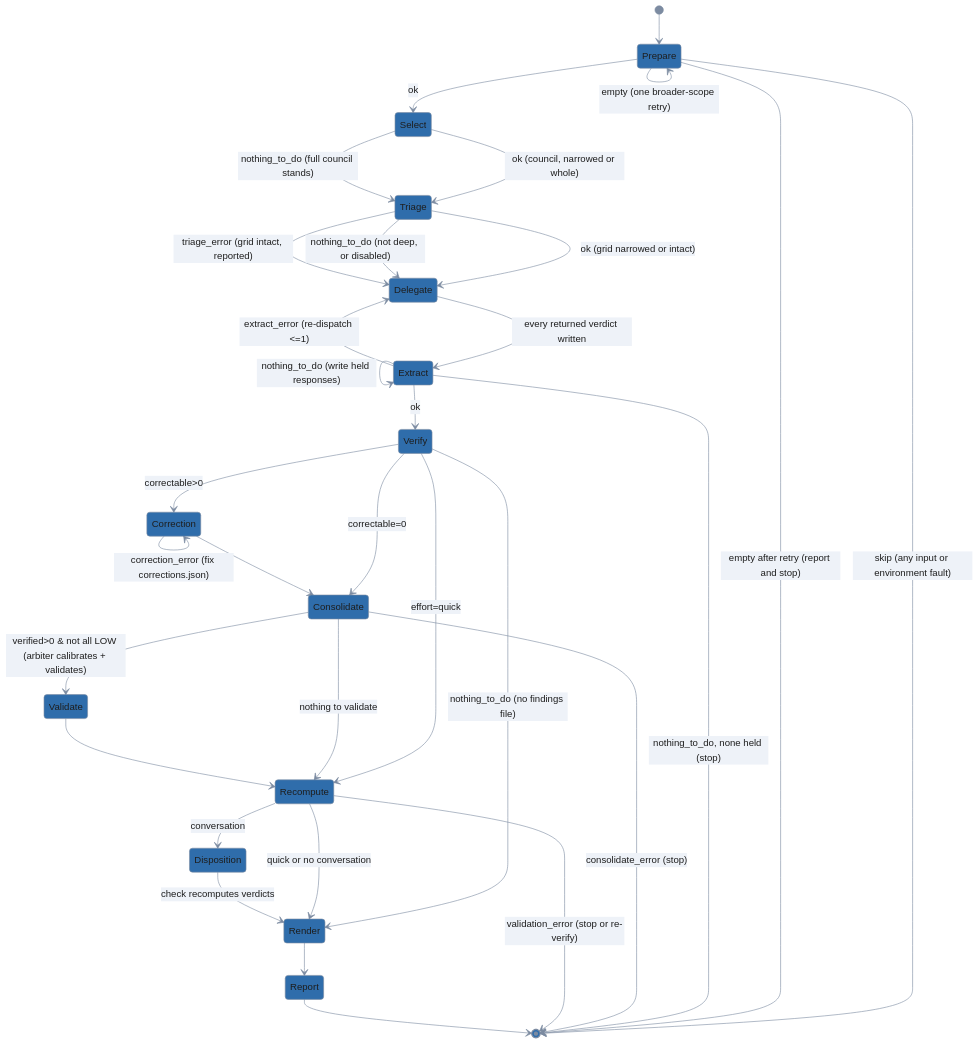
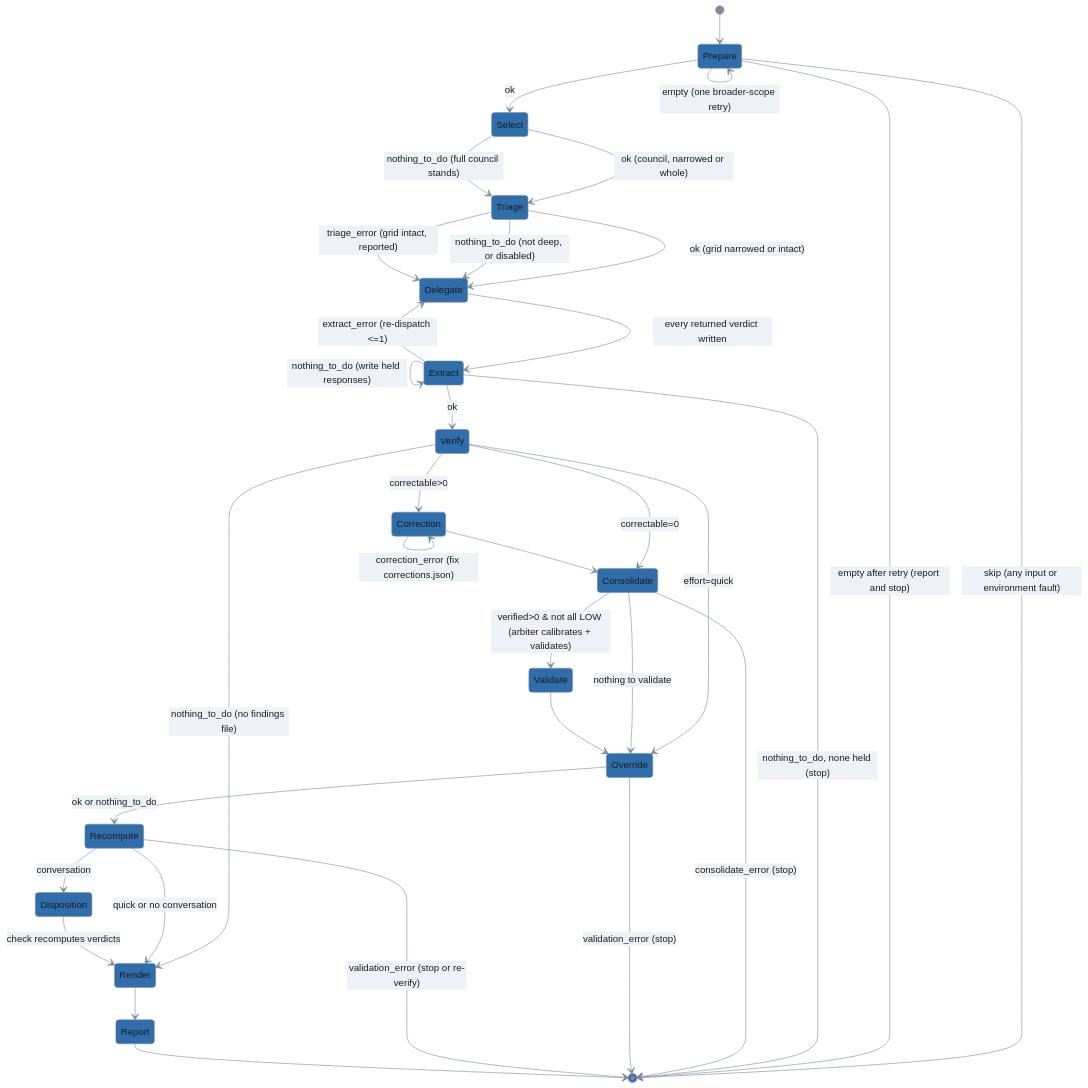
Before and after one commit to lolables/lola-mod-review-council: the diagram in module/skills/review-council/SKILL.md, drawn with Mermaid. The commit also changed other lines of this file and 14 other files, not shown here.

First line of the commit message:
feat(verify): apply a configured Severity override

````diff
--- a/module/skills/review-council/SKILL.md
+++ b/module/skills/review-council/SKILL.md
@@ -191,50 +191,52 @@
 ```mermaid
 %%{init: {'theme': 'base', 'themeVariables': {
   'primaryColor': '#2f6dab',
   'primaryTextColor': '#1e1e1e',
   'primaryBorderColor': '#7c8ba1',
   'lineColor': '#7c8ba1',
   'edgeLabelBackground': '#eef2f8',
   'tertiaryColor': 'transparent',
   'tertiaryTextColor': '#7c8ba1',
   'tertiaryBorderColor': '#7c8ba1',
   'clusterBkg': 'transparent',
   'clusterBorder': '#7c8ba1',
   'titleColor': '#7c8ba1',
   'noteBkgColor': '#eef2f8',
   'noteTextColor': '#1e1e1e',
   'fontFamily': 'system-ui, sans-serif'
 }, 'themeCSS': '.node .nodeLabel{color:#ffffff!important;fill:#ffffff!important;}'}}%%
 stateDiagram-v2
     [*] --> Prepare
     Prepare --> Select: ok
     Prepare --> [*]: skip (any input or environment fault)
     Prepare --> Prepare: empty (one broader-scope retry)
     Prepare --> [*]: empty after retry (report and stop)
     Select --> Triage: ok (council, narrowed or whole)
     Select --> Triage: nothing_to_do (full council stands)
     Triage --> Delegate: ok (grid narrowed or intact)
     Triage --> Delegate: nothing_to_do (not deep, or disabled)
     Triage --> Delegate: triage_error (grid intact, reported)
     Delegate --> Extract: every returned verdict written
     Extract --> Delegate: extract_error (re-dispatch <=1)
     Extract --> Extract: nothing_to_do (write held responses)
     Extract --> [*]: nothing_to_do, none held (stop)
     Extract --> Verify: ok
-    Verify --> Recompute: effort=quick
+    Verify --> Override: effort=quick
     Verify --> Render: nothing_to_do (no findings file)
     Verify --> Correction: correctable>0
     Verify --> Consolidate: correctable=0
     Correction --> Correction: correction_error (fix corrections.json)
     Correction --> Consolidate
     Consolidate --> [*]: consolidate_error (stop)
     Consolidate --> Validate: verified>0 & not all LOW (arbiter calibrates + validates)
-    Consolidate --> Recompute: nothing to validate
-    Validate --> Recompute
+    Consolidate --> Override: nothing to validate
+    Validate --> Override
+    Override --> Recompute: ok or nothing_to_do
+    Override --> [*]: validation_error (stop)
     Recompute --> [*]: validation_error (stop or re-verify)
     Recompute --> Render: quick or no conversation
     Recompute --> Disposition: conversation
     Disposition --> Render: check recomputes verdicts
     Render --> Report
     Report --> [*]
 ```
````
